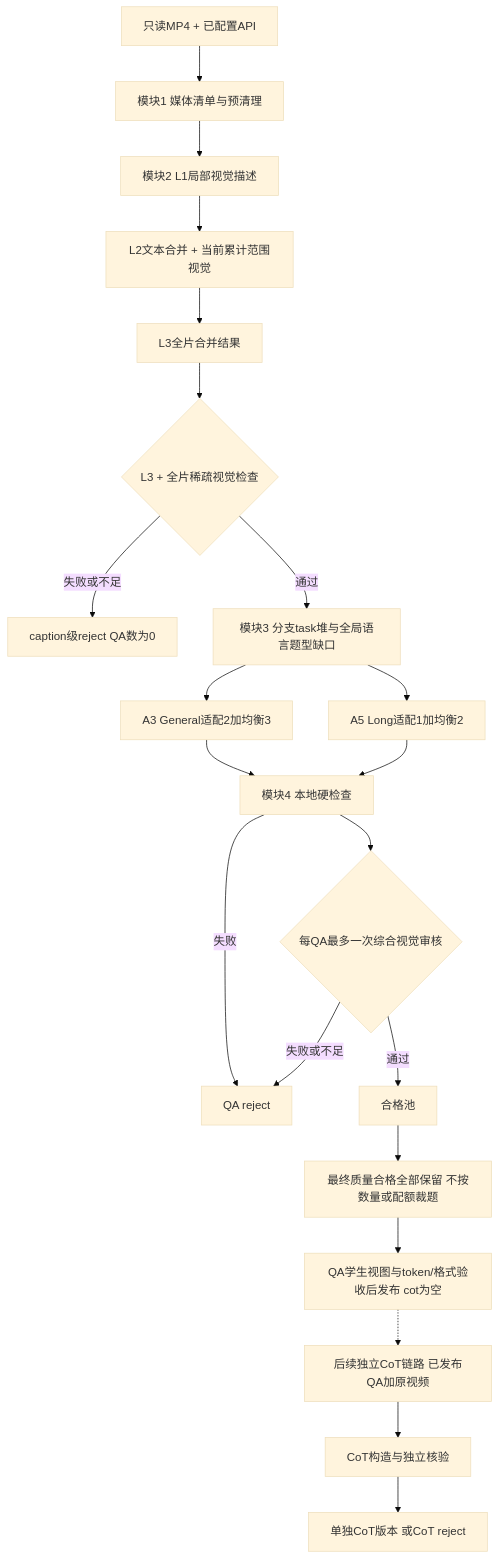
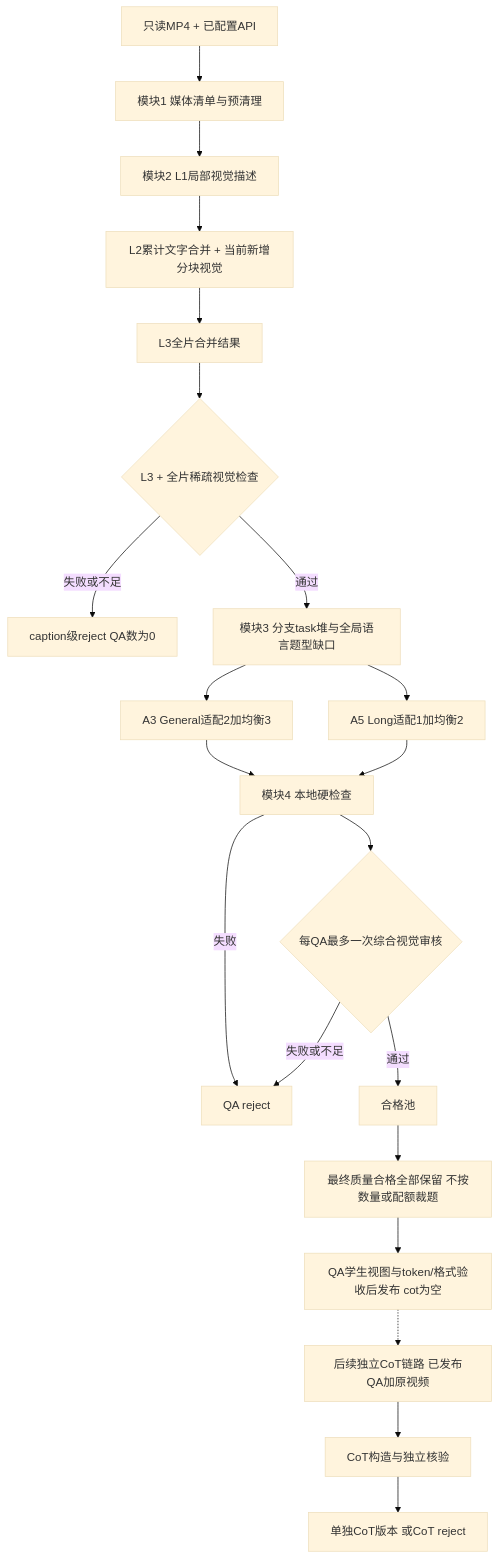
One commit to Tiachi/video-sft-builder changed the diagram in docs/video_sft_four_module_project_outline_2026-10-20.md. Above: the diagram before and after it, drawn with Mermaid (base theme). The commit also changed other lines of this file and 12 other files, not shown here.

````diff
--- a/docs/video_sft_four_module_project_outline_2026-10-20.md
+++ b/docs/video_sft_four_module_project_outline_2026-10-20.md
@@ -59,23 +59,23 @@
 ```mermaid
 flowchart TD
   I[只读MP4 + 已配置API] --> M1[模块1 媒体清单与预清理]
   M1 --> L1[模块2 L1局部视觉描述]
-  L1 --> L2[L2文本合并 + 当前累计范围视觉]
+  L1 --> L2[L2累计文字合并 + 当前新增分块视觉]
   L2 --> L3[L3全片合并结果]
   L3 --> CG{L3 + 全片稀疏视觉检查}
   CG -->|失败或不足| CR[caption级reject QA数为0]
   CG -->|通过| ROUTE[模块3 分支task堆与全局语言题型缺口]
   ROUTE --> G[A3 General适配2加均衡3]
   ROUTE --> L[A5 Long适配1加均衡2]
   G --> LOCAL[模块4 本地硬检查]
   L --> LOCAL
   LOCAL --> A7{每QA最多一次综合视觉审核}
   LOCAL -->|失败| QR[QA reject]
   A7 -->|失败或不足| QR
   A7 -->|通过| POOL[合格池]
   POOL --> ALL[最终质量合格全部保留 不按数量或配额裁题]
   ALL --> REL[QA学生视图与token/格式验收后发布 cot为空]
   REL -.-> CI[后续独立CoT链路 已发布QA加原视频]
   CI --> CV[CoT构造与独立核验]
   CV --> CO[单独CoT版本 或CoT reject]
 ```
````
